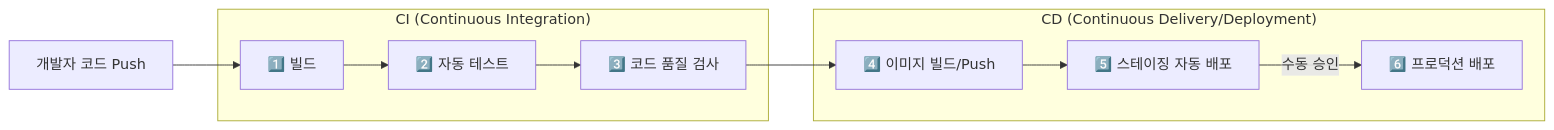
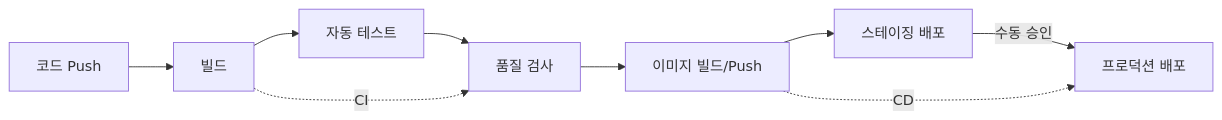
Before and after one commit to yjkim2015/yjkim2015.github.io: the first of 4 diagrams in _posts/cicd/2026-05-01-cicd.md, drawn with Mermaid. The commit also changed other lines of this file and 215 other files, not shown here.

First line of the commit message:
신규 포스트 10개 추가 + Mermaid 전면 축소 + SystemDesign 시리즈 보강

````diff
--- a/_posts/cicd/2026-05-01-cicd.md
+++ b/_posts/cicd/2026-05-01-cicd.md
@@ -19,20 +19,11 @@
 ```mermaid
 graph LR
-    DEV["개발자 코드 Push"] --> BUILD["1️⃣ 빌드"]
-    BUILD --> TEST["2️⃣ 자동 테스트"]
-    TEST --> LINT["3️⃣ 코드 품질 검사"]
-    LINT --> DOCKER["4️⃣ 이미지 빌드/Push"]
-    DOCKER --> STAGE["5️⃣ 스테이징 자동 배포"]
-    STAGE -->|"수동 승인"| PROD["6️⃣ 프로덕션 배포"]
-
-    subgraph "CI (Continuous Integration)"
-        BUILD
-        TEST
-        LINT
-    end
-    subgraph "CD (Continuous Delivery/Deployment)"
-        DOCKER
-        STAGE
-        PROD
-    end
+    DEV["코드 Push"] --> BUILD["빌드"]
+    BUILD --> TEST["자동 테스트"]
+    TEST --> LINT["품질 검사"]
+    LINT --> DOCKER["이미지 빌드/Push"]
+    DOCKER --> STAGE["스테이징 배포"]
+    STAGE -->|"수동 승인"| PROD["프로덕션 배포"]
+    BUILD -.->|CI| LINT
+    DOCKER -.->|CD| PROD
 ```
````
